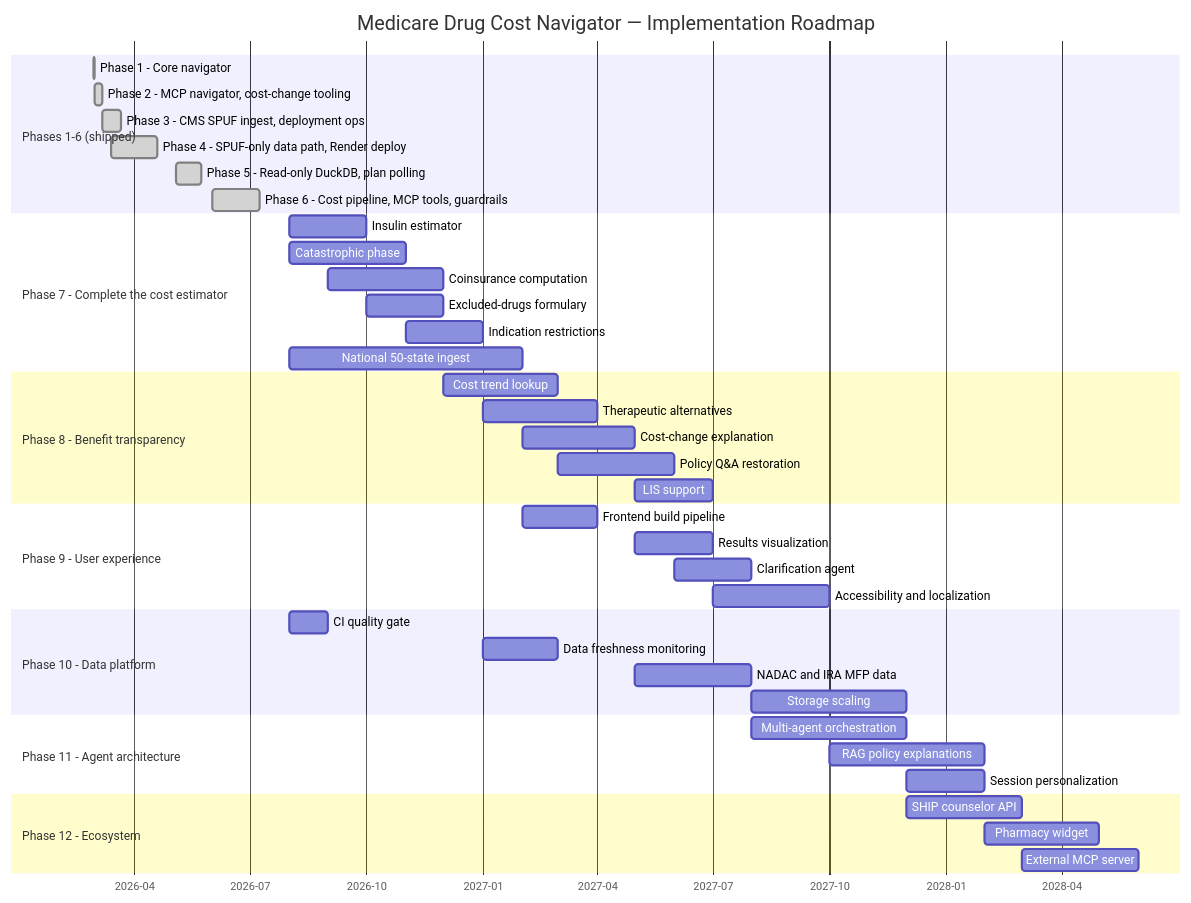
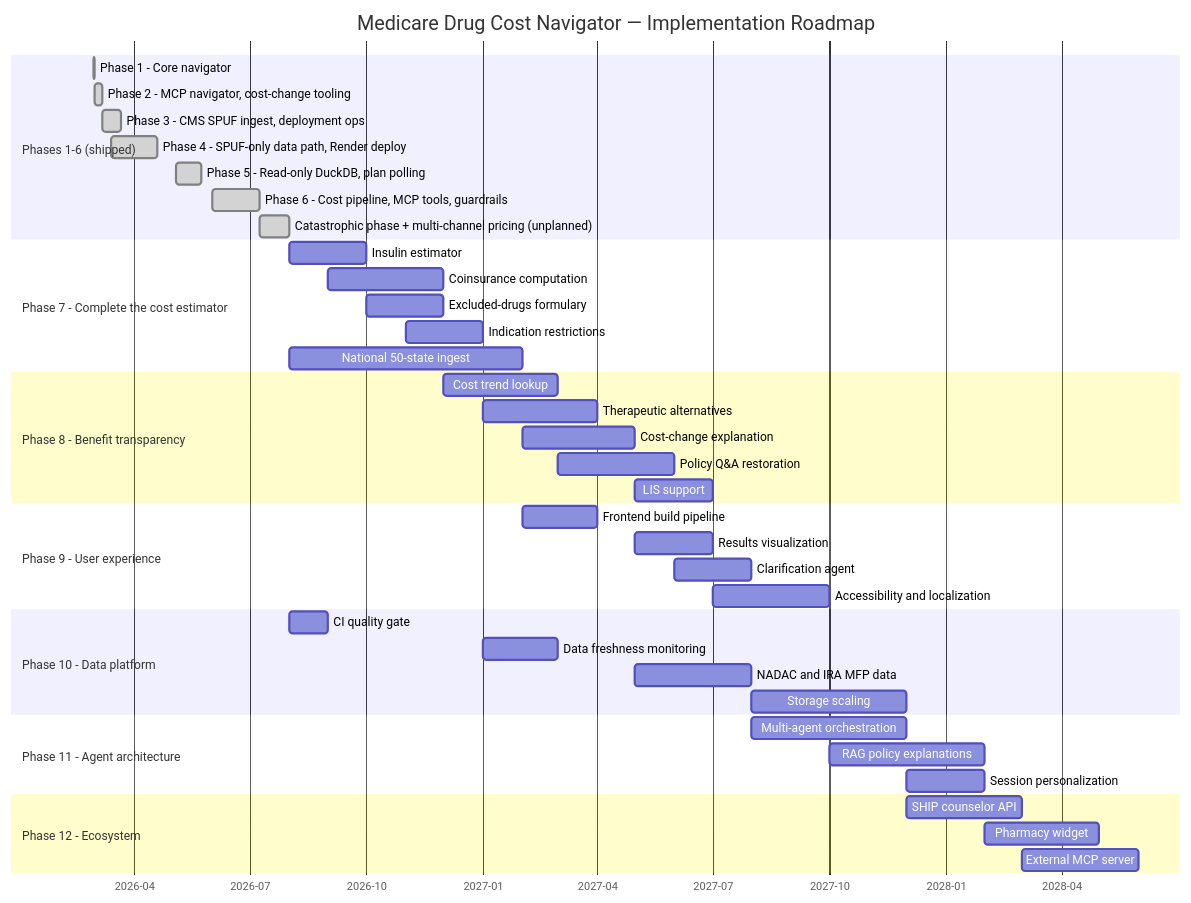
Before and after one commit to SreeCodes2021/Medicare-drug-cost-navigator: the fourth of 4 diagrams in docs/business-solution.md, drawn with Mermaid. The commit also changed other lines of this file and 23 other files, not shown here.

````diff
--- a/docs/business-solution.md
+++ b/docs/business-solution.md
@@ -642,51 +648,51 @@
 ```mermaid
 gantt
     title Medicare Drug Cost Navigator — Implementation Roadmap
     dateFormat YYYY-MM-DD
     axisFormat %Y-%m
 
     section Phases 1-6 (shipped)
     Phase 1 - Core navigator                       :done, p1, 2026-02-28, 2026-03-01
     Phase 2 - MCP navigator, cost-change tooling    :done, p2, 2026-03-01, 2026-03-07
     Phase 3 - CMS SPUF ingest, deployment ops       :done, p3, 2026-03-07, 2026-03-22
     Phase 4 - SPUF-only data path, Render deploy    :done, p4, 2026-03-14, 2026-04-19
     Phase 5 - Read-only DuckDB, plan polling        :done, p5, 2026-05-04, 2026-05-24
     Phase 6 - Cost pipeline, MCP tools, guardrails  :done, p6, 2026-06-02, 2026-07-09
+    Catastrophic phase + multi-channel pricing (unplanned) :done, p6b, 2026-07-09, 2026-08-01
 
     section Phase 7 - Complete the cost estimator
     Insulin estimator                    :p7a, 2026-08-01, 2026-10-01
-    Catastrophic phase                   :p7b, 2026-08-01, 2026-11-01
     Coinsurance computation              :p7c, 2026-09-01, 2026-12-01
     Excluded-drugs formulary             :p7d, 2026-10-01, 2026-12-01
     Indication restrictions              :p7e, 2026-11-01, 2027-01-01
     National 50-state ingest             :p7f, 2026-08-01, 2027-02-01
 
     section Phase 8 - Benefit transparency
     Cost trend lookup                    :p8a, 2026-12-01, 2027-03-01
     Therapeutic alternatives             :p8b, 2027-01-01, 2027-04-01
     Cost-change explanation              :p8c, 2027-02-01, 2027-05-01
     Policy Q&A restoration               :p8d, 2027-03-01, 2027-06-01
     LIS support                          :p8e, 2027-05-01, 2027-07-01
 
     section Phase 9 - User experience
     Frontend build pipeline              :p9a, 2027-02-01, 2027-04-01
     Results visualization                :p9b, 2027-05-01, 2027-07-01
     Clarification agent                  :p9c, 2027-06-01, 2027-08-01
     Accessibility and localization       :p9d, 2027-07-01, 2027-10-01
 
     section Phase 10 - Data platform
     CI quality gate                      :p10a, 2026-08-01, 2026-09-01
     Data freshness monitoring            :p10b, 2027-01-01, 2027-03-01
     NADAC and IRA MFP data               :p10c, 2027-05-01, 2027-08-01
     Storage scaling                      :p10d, 2027-08-01, 2027-12-01
 
     section Phase 11 - Agent architecture
     Multi-agent orchestration            :p11a, 2027-08-01, 2027-12-01
     RAG policy explanations              :p11b, 2027-10-01, 2028-02-01
     Session personalization              :p11c, 2027-12-01, 2028-02-01
 
     section Phase 12 - Ecosystem
     SHIP counselor API                   :p12a, 2027-12-01, 2028-03-01
     Pharmacy widget                      :p12b, 2028-02-01, 2028-05-01
     External MCP server                  :p12c, 2028-03-01, 2028-06-01
 ```
````
